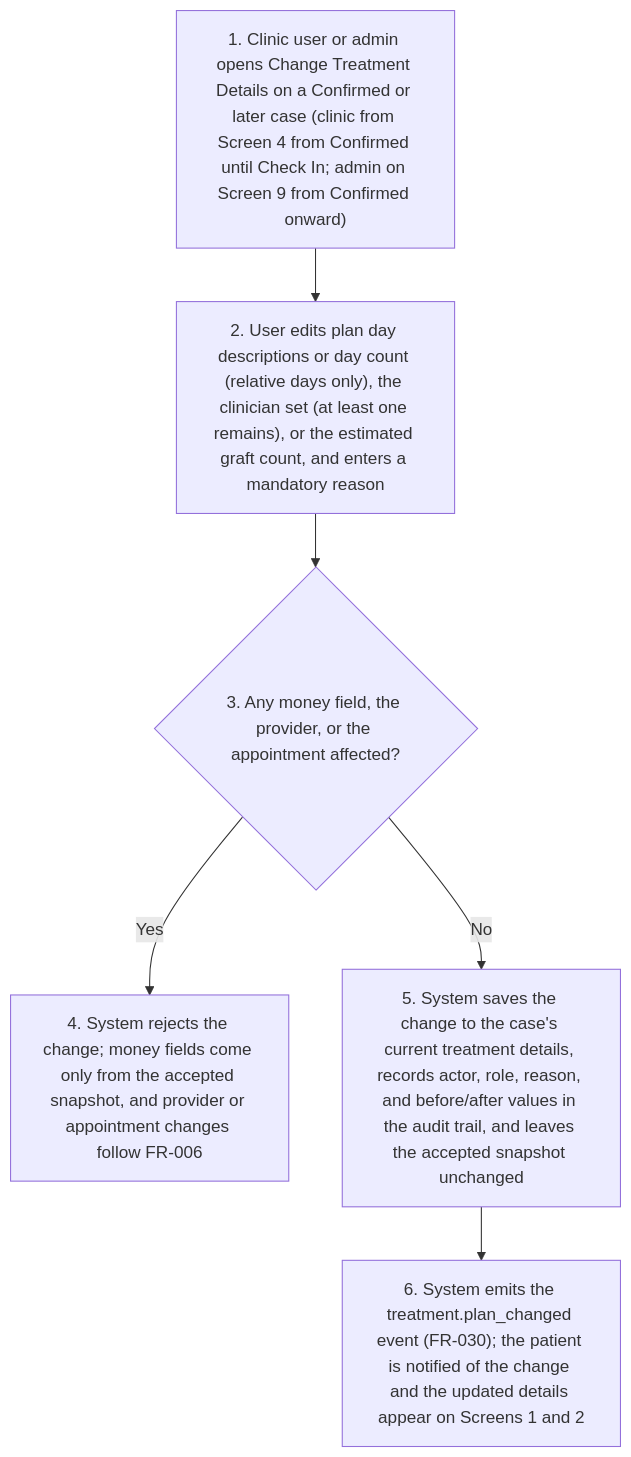
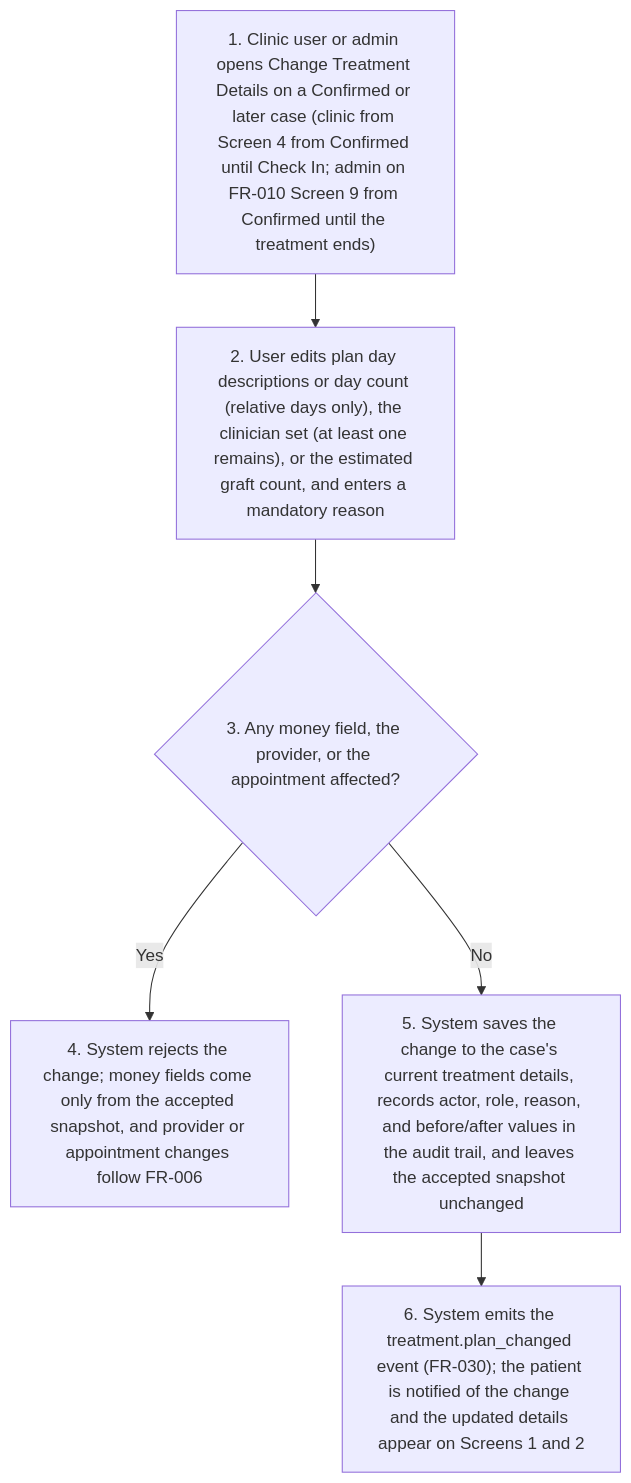
The third of 10 diagrams in project-requirements/functional-requirements/fr010-treatment-execution/prd.md (joachimtrungtuan/hairline-pm-docs), drawn with Mermaid before and after one commit. The commit also changed other lines of this file and 5 other files, not shown here.

````diff
--- a/project-requirements/functional-requirements/fr010-treatment-execution/prd.md
+++ b/project-requirements/functional-requirements/fr010-treatment-execution/prd.md
@@ -154,9 +154,9 @@
 ```mermaid
 flowchart TD
-  A2S1["1. Clinic user or admin opens Change Treatment Details on a Confirmed or later case (clinic from Screen 4 from Confirmed until Check In; admin on Screen 9 from Confirmed onward)"] --> A2S2
+  A2S1["1. Clinic user or admin opens Change Treatment Details on a Confirmed or later case (clinic from Screen 4 from Confirmed until Check In; admin on FR-010 Screen 9 from Confirmed until the treatment ends)"] --> A2S2
   A2S2["2. User edits plan day descriptions or day count (relative days only), the clinician set (at least one remains), or the estimated graft count, and enters a mandatory reason"] --> A2S3
   A2S3{"3. Any money field, the provider, or the appointment affected?"}
   A2S3 -- Yes --> A2S4["4. System rejects the change; money fields come only from the accepted snapshot, and provider or appointment changes follow FR-006"]
   A2S3 -- No --> A2S5["5. System saves the change to the case's current treatment details, records actor, role, reason, and before/after values in the audit trail, and leaves the accepted snapshot unchanged"]
   A2S5 --> A2S6["6. System emits the treatment.plan_changed event (FR-030); the patient is notified of the change and the updated details appear on Screens 1 and 2"]
 ```
````
